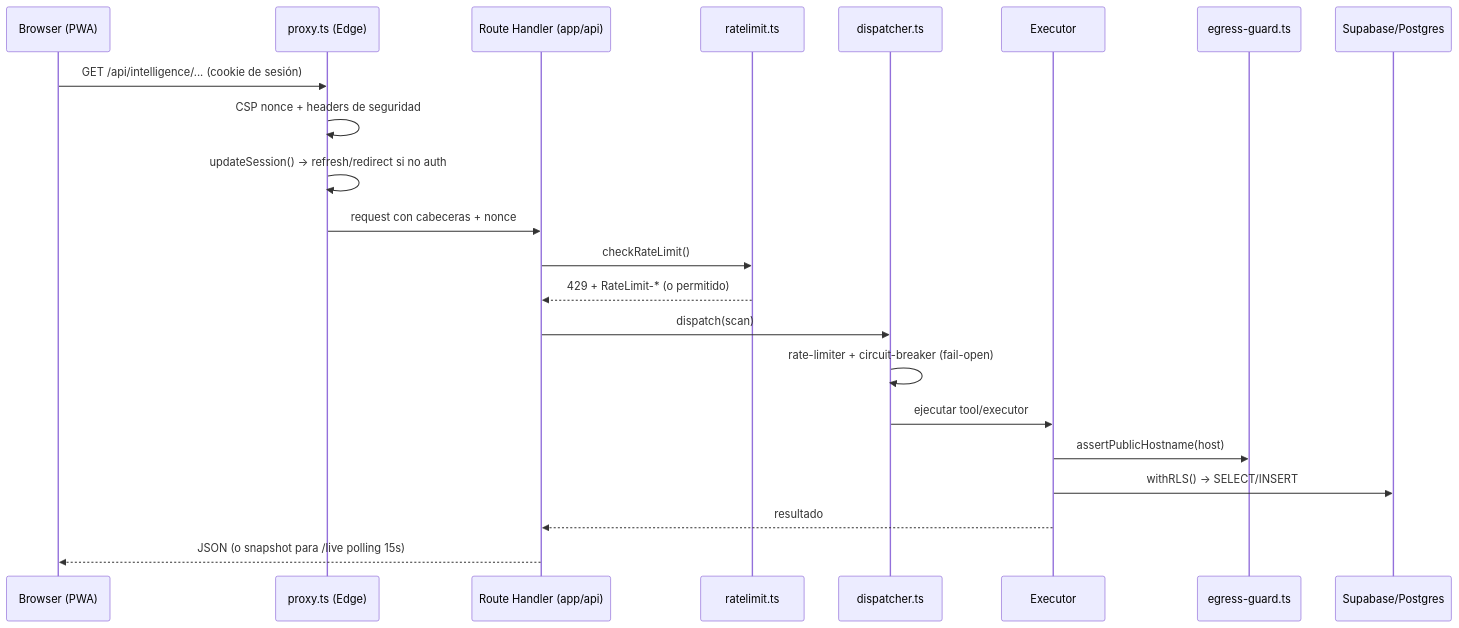
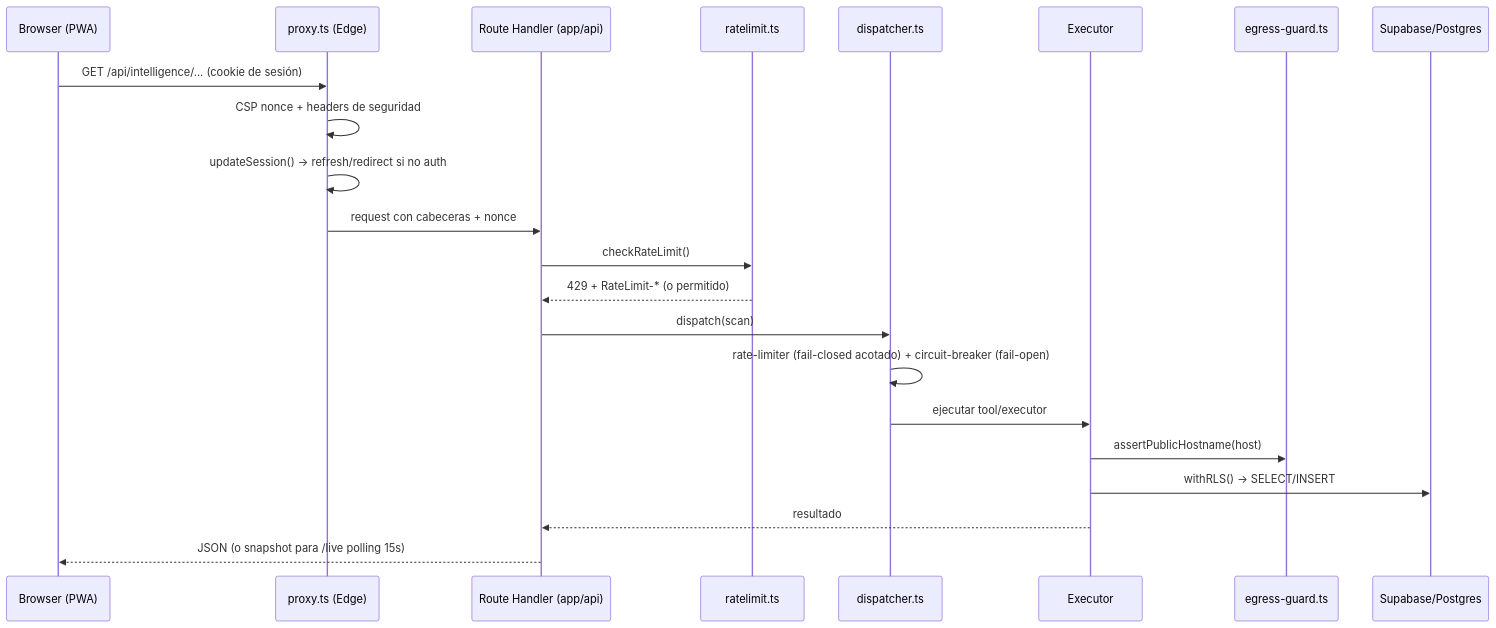
The second of 4 diagrams in docs/architecture/SYSTEM-MAP.md (StrategicConnex/StrategicConnexAudit), drawn with Mermaid before and after one commit. The commit also changed other lines of this file and 8 other files, not shown here.

First line of the commit message:
docs: actualizar las referencias a fail-open del rate limit

````diff
--- a/docs/architecture/SYSTEM-MAP.md
+++ b/docs/architecture/SYSTEM-MAP.md
@@ -113,25 +113,25 @@
 ```mermaid
 sequenceDiagram
     participant B as Browser (PWA)
     participant P as proxy.ts (Edge)
     participant R as Route Handler (app/api)
     participant RL as ratelimit.ts
     participant D as dispatcher.ts
     participant E as Executor
     participant EG as egress-guard.ts
     participant DB as Supabase/Postgres
 
     B->>P: GET /api/intelligence/... (cookie de sesión)
     P->>P: CSP nonce + headers de seguridad
     P->>P: updateSession() → refresh/redirect si no auth
     P->>R: request con cabeceras + nonce
     R->>RL: checkRateLimit()
     RL-->>R: 429 + RateLimit-* (o permitido)
     R->>D: dispatch(scan)
-    D->>D: rate-limiter + circuit-breaker (fail-open)
+    D->>D: rate-limiter (fail-closed acotado) + circuit-breaker (fail-open)
     D->>E: ejecutar tool/executor
     E->>EG: assertPublicHostname(host)
     E->>DB: withRLS() → SELECT/INSERT
     E-->>R: resultado
     R-->>B: JSON (o snapshot para /live polling 15s)
 ```
````
